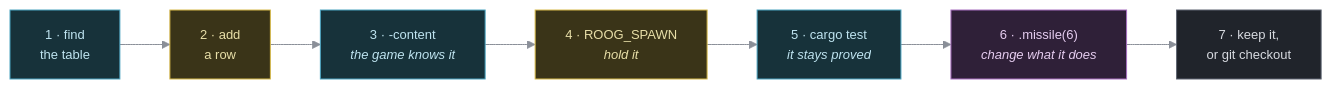
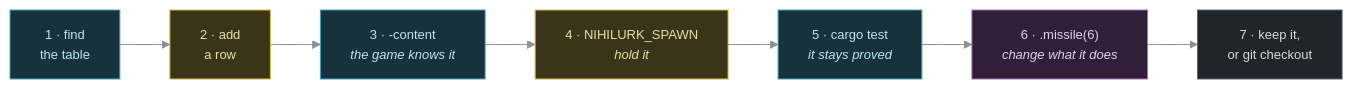
Before and after one commit to bae-alves/nihilurk: the diagram in docs/tutorial/add-your-first-item.md, drawn with Mermaid. The commit also changed other lines of this file and 73 other files, not shown here.

First line of the commit message:
Rename project from roog to nihilurk

````diff
--- a/docs/tutorial/add-your-first-item.md
+++ b/docs/tutorial/add-your-first-item.md
@@ -14,18 +14,18 @@
 ```mermaid
 %%{init: {'theme':'base','themeVariables':{
   'primaryColor':'#20242b','primaryTextColor':'#d7dae0',
   'primaryBorderColor':'#5c6370','lineColor':'#8a8f98',
   'fontFamily':'ui-monospace, SFMono-Regular, Menlo, monospace',
   'fontSize':'13px'}}}%%
 flowchart LR
   S1["1 · find<br/>the table"]:::cold --> S2["2 · add<br/>a row"]:::hero
   S2 --> S3["3 · -content<br/><i>the game knows it</i>"]:::cold
-  S3 --> S4["4 · ROOG_SPAWN<br/><i>hold it</i>"]:::hero
+  S3 --> S4["4 · NIHILURK_SPAWN<br/><i>hold it</i>"]:::hero
   S4 --> S5["5 · cargo test<br/><i>it stays proved</i>"]:::cold
   S5 --> S6["6 · .missile(6)<br/><i>change what it does</i>"]:::magic
   S6 --> S7["7 · keep it,<br/>or git checkout"]
   classDef hero fill:#3a3418,stroke:#d7ba4a,color:#e8dfa8
   classDef peril fill:#3a1f1f,stroke:#c05050,color:#f0c8c8
   classDef magic fill:#2f2038,stroke:#a86fc0,color:#e6cdf0
   classDef cold  fill:#17323a,stroke:#4aa3c0,color:#bfe4f0
 ```
````
